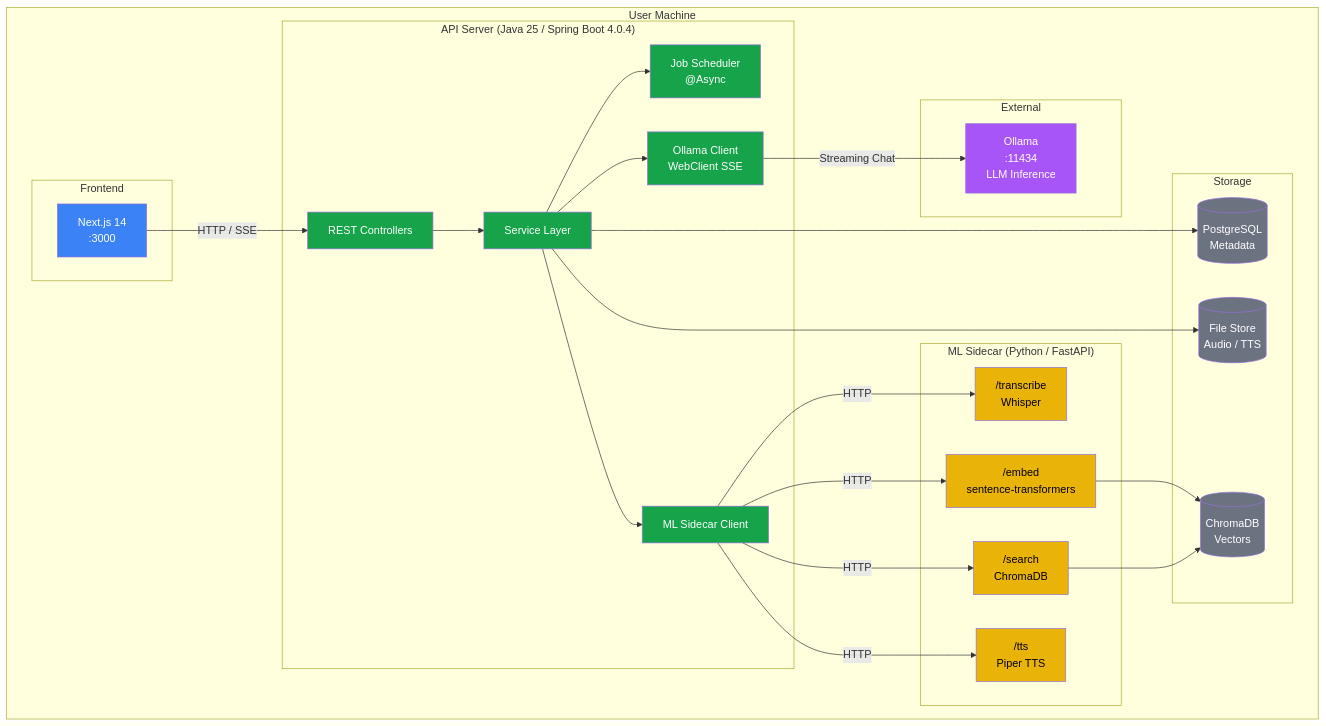
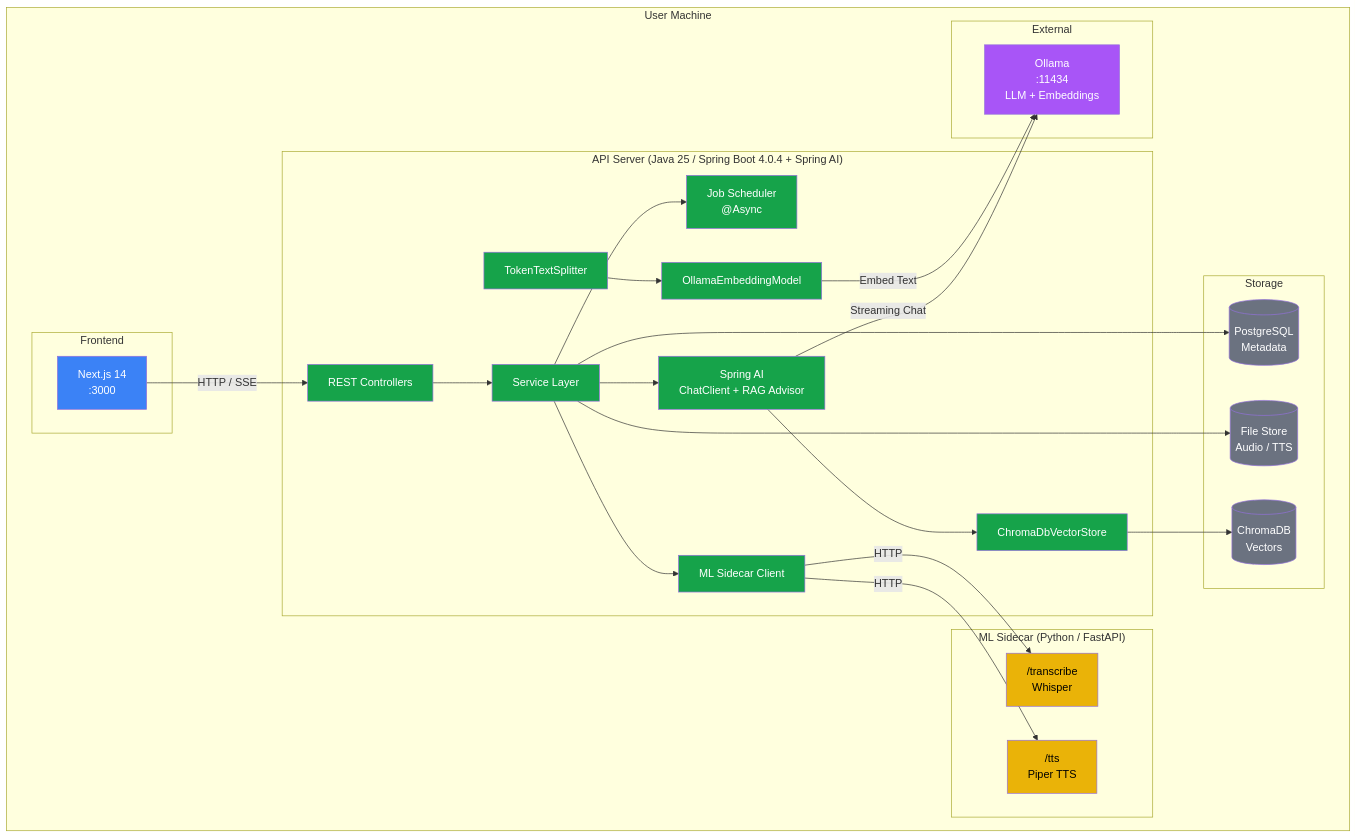
The first of 7 diagrams in docs/DIAGRAMS.md (jsohi/localloom), drawn with Mermaid before and after one commit. The commit also changed other lines of this file and 1 other file, not shown here.

First line of the commit message:
Adopt Spring AI for embeddings, RAG, and LLM integration

````diff
--- a/docs/DIAGRAMS.md
+++ b/docs/DIAGRAMS.md
@@ -5,65 +5,67 @@
 ```mermaid
 graph TB
     subgraph User Machine
         subgraph Frontend
             UI[Next.js 14<br/>:3000]
         end
 
-        subgraph API["API Server (Java 25 / Spring Boot 4.0.4)"]
+        subgraph API["API Server (Java 25 / Spring Boot 4.0.4 + Spring AI)"]
             Controllers[REST Controllers]
             Services[Service Layer]
             Jobs[Job Scheduler<br/>@Async]
-            OllamaClient[Ollama Client<br/>WebClient SSE]
+            SpringAI[Spring AI<br/>ChatClient + RAG Advisor]
+            EmbedModel[OllamaEmbeddingModel]
+            VectorStore[ChromaDbVectorStore]
+            Chunker[TokenTextSplitter]
             SidecarClient[ML Sidecar Client]
         end
 
         subgraph MLSidecar["ML Sidecar (Python / FastAPI)"]
             Transcribe["/transcribe<br/>Whisper"]
-            Embed["/embed<br/>sentence-transformers"]
-            Search["/search<br/>ChromaDB"]
             TTS["/tts<br/>Piper TTS"]
         end
 
         subgraph Storage
             DB[(PostgreSQL<br/>Metadata)]
             Chroma[(ChromaDB<br/>Vectors)]
             Files[(File Store<br/>Audio / TTS)]
         end
 
         subgraph External
-            Ollama[Ollama<br/>:11434<br/>LLM Inference]
+            Ollama[Ollama<br/>:11434<br/>LLM + Embeddings]
         end
     end
 
     UI -->|HTTP / SSE| Controllers
     Controllers --> Services
     Services --> Jobs
-    Services --> OllamaClient
+    Services --> SpringAI
     Services --> SidecarClient
     Services --> DB
     Services --> Files
 
-    OllamaClient -->|Streaming Chat| Ollama
+    SpringAI -->|Streaming Chat| Ollama
+    EmbedModel -->|Embed Text| Ollama
+    VectorStore --> Chroma
+    Chunker --> EmbedModel
+    SpringAI --> VectorStore
+
     SidecarClient -->|HTTP| Transcribe
-    SidecarClient -->|HTTP| Embed
-    SidecarClient -->|HTTP| Search
     SidecarClient -->|HTTP| TTS
-
-    Embed --> Chroma
-    Search --> Chroma
 
     style UI fill:#3b82f6,color:#fff
     style Controllers fill:#16a34a,color:#fff
     style Services fill:#16a34a,color:#fff
     style Jobs fill:#16a34a,color:#fff
-    style OllamaClient fill:#16a34a,color:#fff
+    style SpringAI fill:#16a34a,color:#fff
+    style EmbedModel fill:#16a34a,color:#fff
+    style VectorStore fill:#16a34a,color:#fff
+    style Chunker fill:#16a34a,color:#fff
     style SidecarClient fill:#16a34a,color:#fff
     style Transcribe fill:#eab308,color:#000
-    style Embed fill:#eab308,color:#000
-    style Search fill:#eab308,color:#000
     style TTS fill:#eab308,color:#000
     style Ollama fill:#a855f7,color:#fff
     style DB fill:#6b7280,color:#fff
     style Chroma fill:#6b7280,color:#fff
     style Files fill:#6b7280,color:#fff
 ```
````
